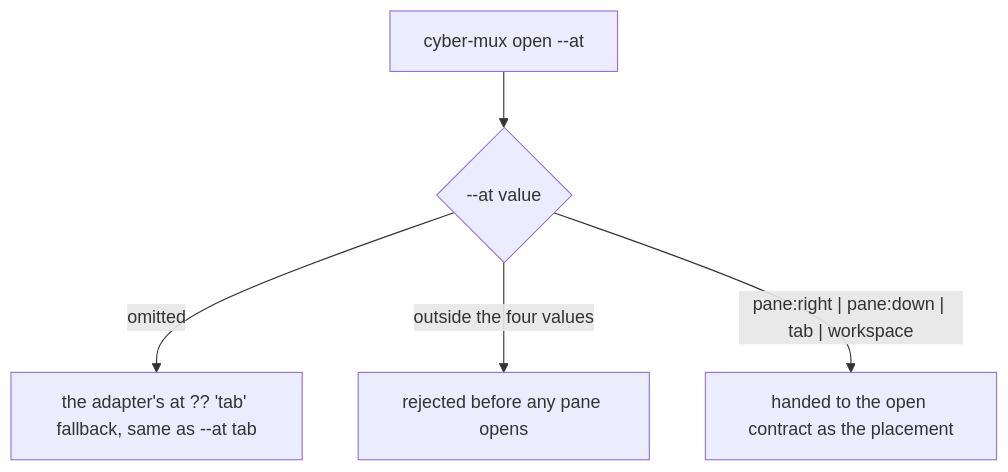
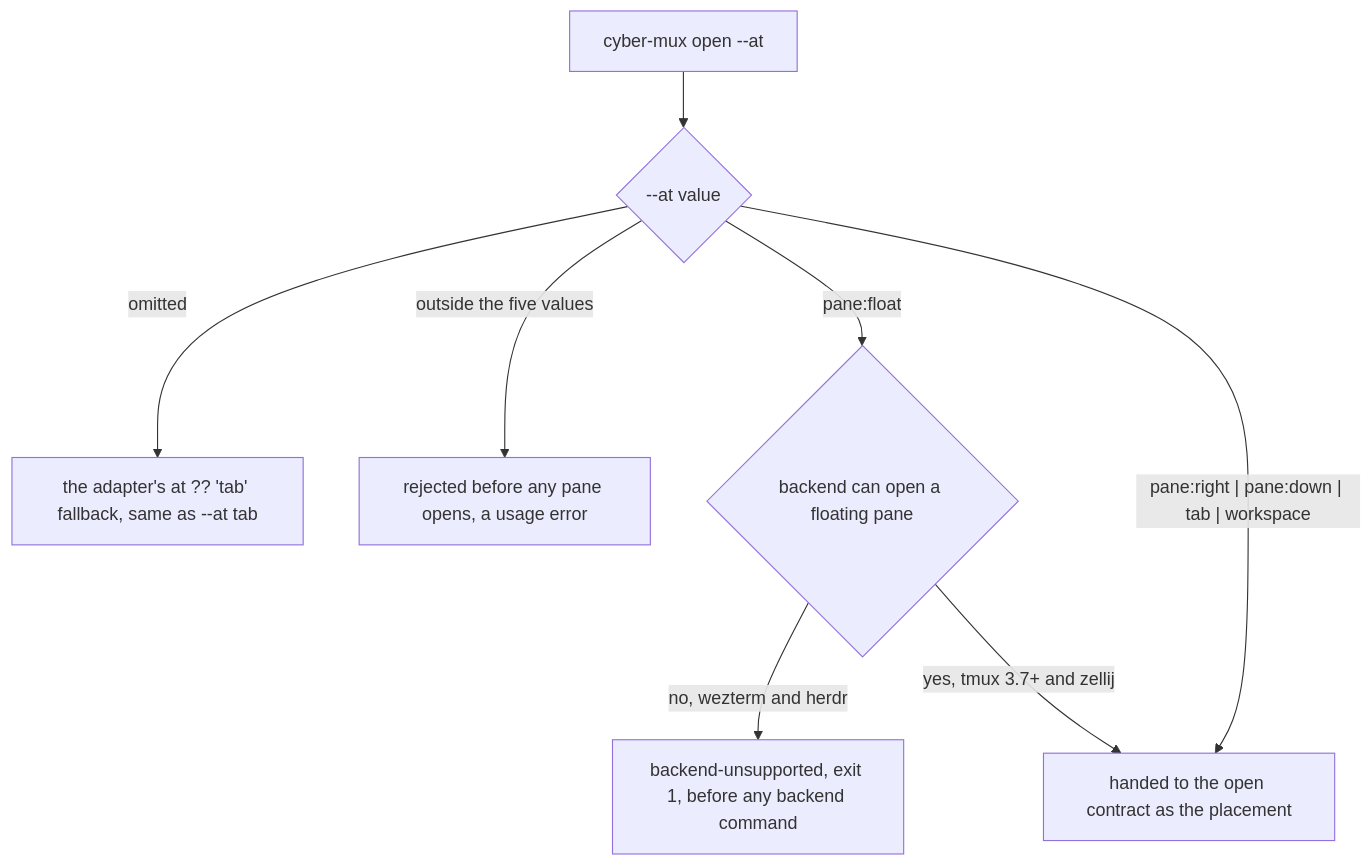
One commit to cyberuni/cyber-mux changed the first of 3 diagrams in packages/cyber-mux/.agents/spec/cli/placement/README.md. Above: the diagram before and after it, drawn with Mermaid. The commit also changed other lines of this file and 19 other files, not shown here.

````diff
--- a/packages/cyber-mux/.agents/spec/cli/placement/README.md
+++ b/packages/cyber-mux/.agents/spec/cli/placement/README.md
@@ -68,7 +78,10 @@
 ```mermaid
 graph TD
   A["cyber-mux open --at"] --> AT{"--at value"}
   AT -->|"omitted"| DEF["the adapter's at ?? 'tab' fallback, same as --at tab"]
-  AT -->|"outside the four values"| REJ["rejected before any pane opens"]
+  AT -->|"outside the five values"| REJ["rejected before any pane opens, a usage error"]
+  AT -->|"pane:float"| CANF{"backend can open a floating pane"}
+  CANF -->|"no, wezterm and herdr"| UNSUP["backend-unsupported, exit 1, before any backend command"]
+  CANF -->|"yes, tmux 3.7+ and zellij"| PASS
   AT -->|"pane:right | pane:down | tab | workspace"| PASS["handed to the open contract as the placement"]
 ```
````
